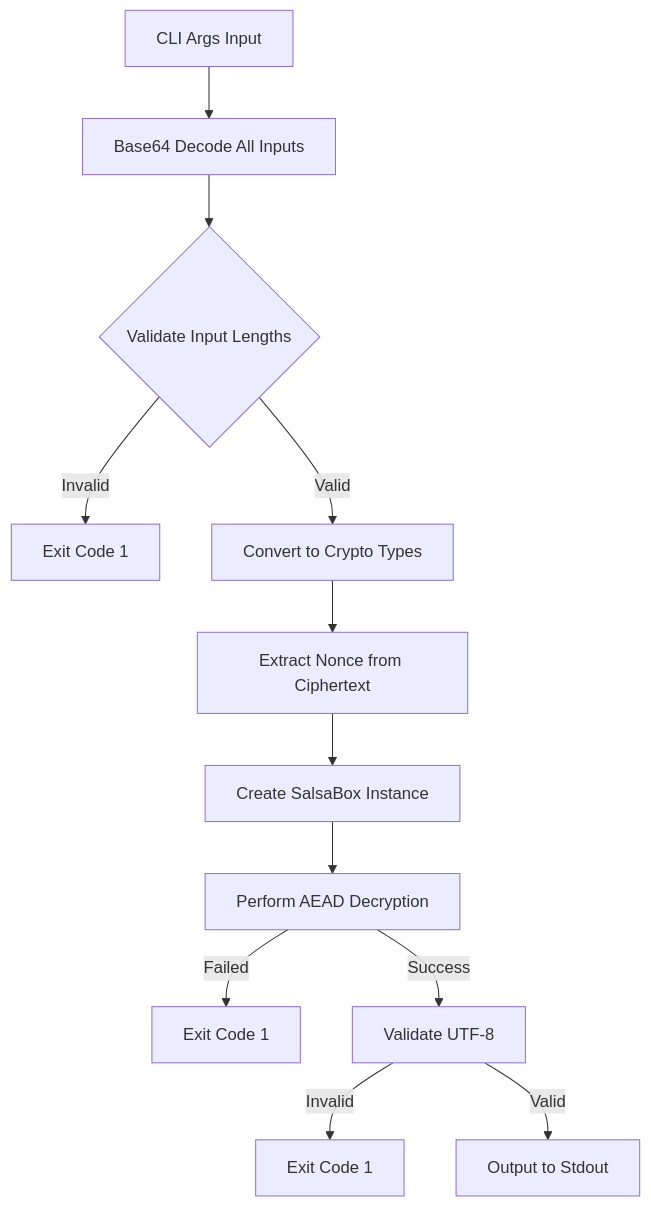
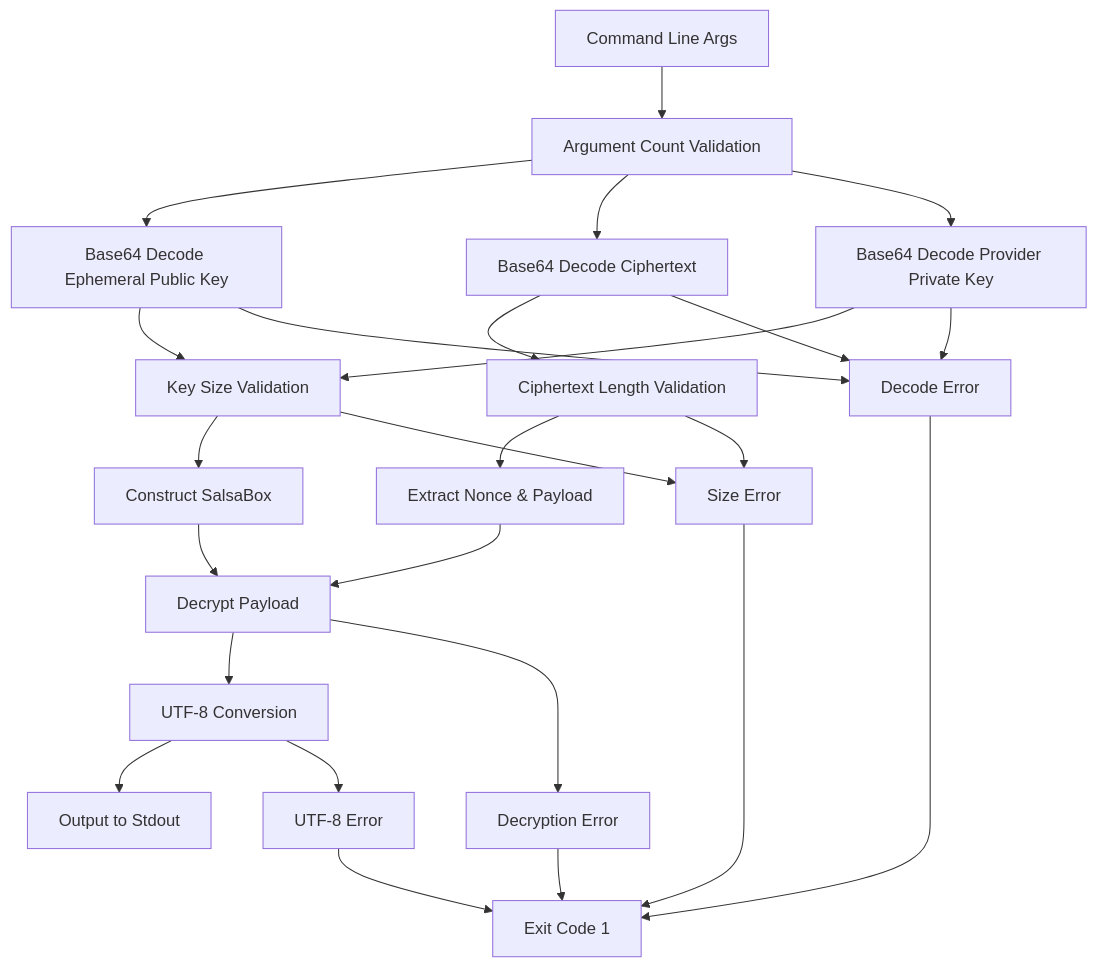
Before and after one commit to researchoors/knowledge-maintenance: the diagram in artifacts/d-inference/service_analyses/decrypt-test.md, drawn with Mermaid. The commit also changed other lines of this file and 22 other files, not shown here.

````diff
--- a/artifacts/d-inference/service_analyses/decrypt-test.md
+++ b/artifacts/d-inference/service_analyses/decrypt-test.md
@@ -59,14 +31,29 @@
 ```mermaid
 graph TD
-    A[CLI Args Input] --> B[Base64 Decode All Inputs]
-    B --> C{Validate Input Lengths}
-    C -->|Invalid| D[Exit Code 1]
-    C -->|Valid| E[Convert to Crypto Types]
-    E --> F[Extract Nonce from Ciphertext]
-    F --> G[Create SalsaBox Instance]
-    G --> H[Perform AEAD Decryption]
-    H -->|Failed| I[Exit Code 1]
-    H -->|Success| J[Validate UTF-8]
-    J -->|Invalid| K[Exit Code 1] 
-    J -->|Valid| L[Output to Stdout]
+    A[Command Line Args] --> B[Argument Count Validation]
+    B --> C[Base64 Decode Ephemeral Public Key]
+    B --> D[Base64 Decode Ciphertext]  
+    B --> E[Base64 Decode Provider Private Key]
+    C --> F[Key Size Validation]
+    D --> G[Ciphertext Length Validation]
+    E --> F
+    F --> H[Construct SalsaBox]
+    G --> I[Extract Nonce & Payload]
+    H --> J[Decrypt Payload]
+    I --> J
+    J --> K[UTF-8 Conversion]
+    K --> L[Output to Stdout]
+    
+    C --> M[Decode Error]
+    D --> M
+    E --> M
+    F --> N[Size Error]
+    G --> N
+    J --> O[Decryption Error]
+    K --> P[UTF-8 Error]
+    
+    M --> Q[Exit Code 1]
+    N --> Q
+    O --> Q
+    P --> Q
 ```
````
